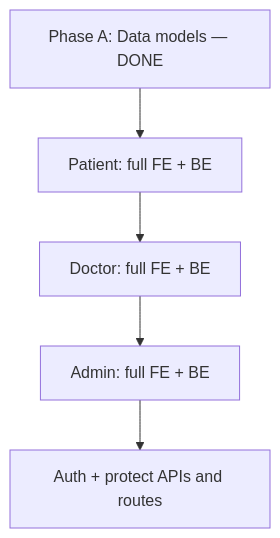
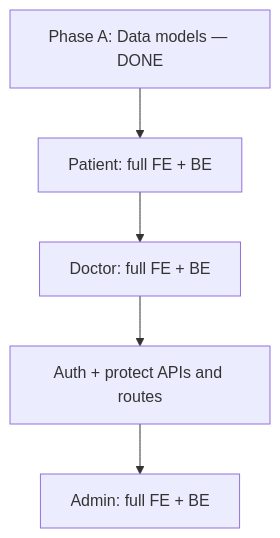
One commit to nafey7/prescribe changed the diagram in docs/plans/PLAN_PRODUCT_BUILD_ORDER.md. Above: the diagram before and after it, drawn with Mermaid. The commit also changed other lines of this file, not shown here.

First line of the commit message:
Document patient → doctor → auth → admin build order in product plan

````diff
--- a/docs/plans/PLAN_PRODUCT_BUILD_ORDER.md
+++ b/docs/plans/PLAN_PRODUCT_BUILD_ORDER.md
@@ -33,13 +33,13 @@
 ```mermaid
 flowchart TD
   schemas[Phase A: Data models — DONE]
   patient[Patient: full FE + BE]
   doctor[Doctor: full FE + BE]
+  auth[Auth + protect APIs and routes]
   admin[Admin: full FE + BE]
-  auth[Auth + protect APIs and routes]
 
   schemas --> patient
   patient --> doctor
-  doctor --> admin
-  admin --> auth
+  doctor --> auth
+  auth --> admin
 ```
````
